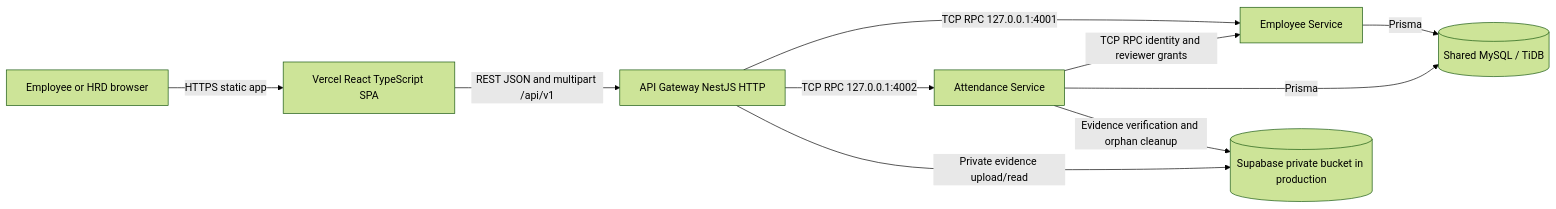
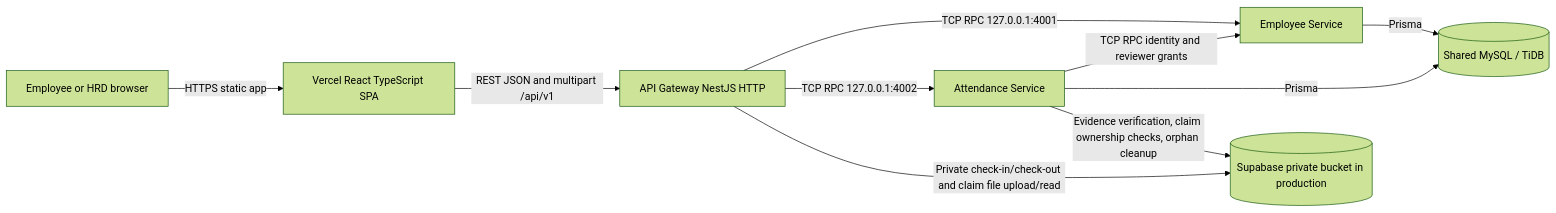
The first of 3 diagrams in backend/docs/ARCHITECTURE_AND_ERD.md (Johntor12/dexa-group-technical-test), drawn with Mermaid (forest theme) before and after one commit. The commit also changed other lines of this file and 26 other files, not shown here.

````diff
--- a/backend/docs/ARCHITECTURE_AND_ERD.md
+++ b/backend/docs/ARCHITECTURE_AND_ERD.md
@@ -9,12 +9,12 @@
 ```mermaid
 flowchart LR
   U[Employee or HRD browser] -->|HTTPS static app| V[Vercel React TypeScript SPA]
   V -->|REST JSON and multipart /api/v1| GW[API Gateway NestJS HTTP]
   GW -->|TCP RPC 127.0.0.1:4001| ES[Employee Service]
   GW -->|TCP RPC 127.0.0.1:4002| AS[Attendance Service]
   AS -->|TCP RPC identity and reviewer grants| ES
   ES -->|Prisma| DB[(Shared MySQL / TiDB)]
   AS -->|Prisma| DB
-  GW -->|Private evidence upload/read| OBJ[(Supabase private bucket in production)]
-  AS -->|Evidence verification and orphan cleanup| OBJ
+  GW -->|Private check-in/check-out and claim file upload/read| OBJ[(Supabase private bucket in production)]
+  AS -->|Evidence verification, claim ownership checks, orphan cleanup| OBJ
 ```
````
